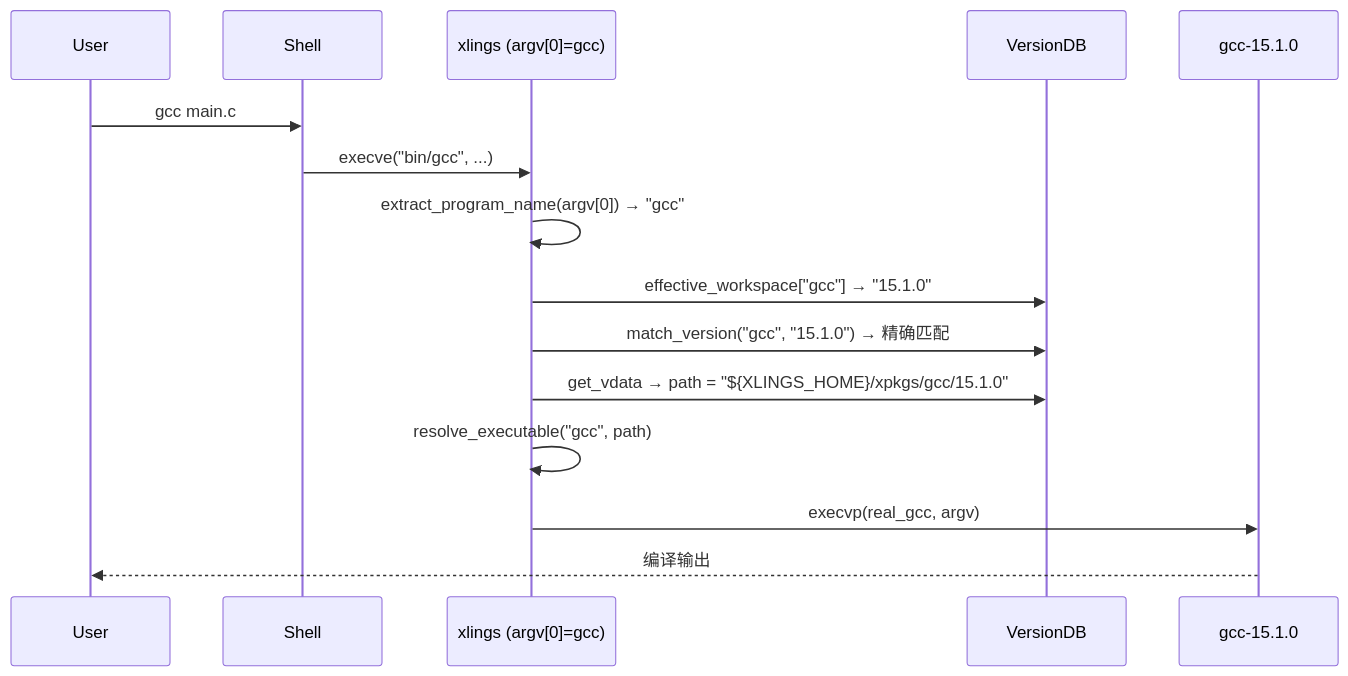
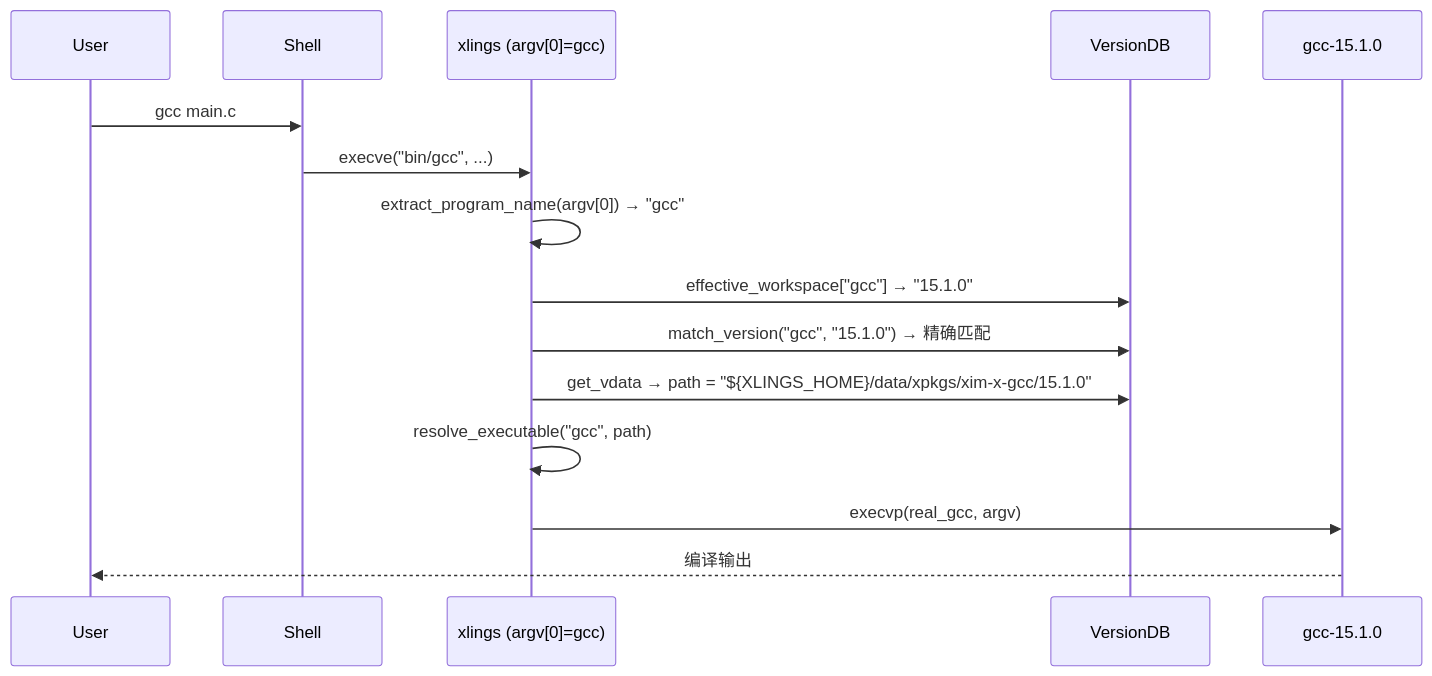
The first of 2 diagrams in docs/design/xvm-version-management.md (openxlings/xlings), drawn with Mermaid before and after one commit. The commit also changed 8 other files, not shown here.

````diff
--- a/docs/design/xvm-version-management.md
+++ b/docs/design/xvm-version-management.md
@@ -43,18 +43,18 @@
 ```mermaid
 sequenceDiagram
     participant User
     participant Shell
     participant Shim as xlings (argv[0]=gcc)
     participant DB as VersionDB
     participant Exe as gcc-15.1.0
 
     User->>Shell: gcc main.c
     Shell->>Shim: execve("bin/gcc", ...)
     Shim->>Shim: extract_program_name(argv[0]) → "gcc"
     Shim->>DB: effective_workspace["gcc"] → "15.1.0"
     Shim->>DB: match_version("gcc", "15.1.0") → 精确匹配
-    Shim->>DB: get_vdata → path = "${XLINGS_HOME}/xpkgs/gcc/15.1.0"
+    Shim->>DB: get_vdata → path = "${XLINGS_HOME}/data/xpkgs/xim-x-gcc/15.1.0"
     Shim->>Shim: resolve_executable("gcc", path)
     Shim->>Exe: execvp(real_gcc, argv)
     Exe-->>User: 编译输出
 ```
````
